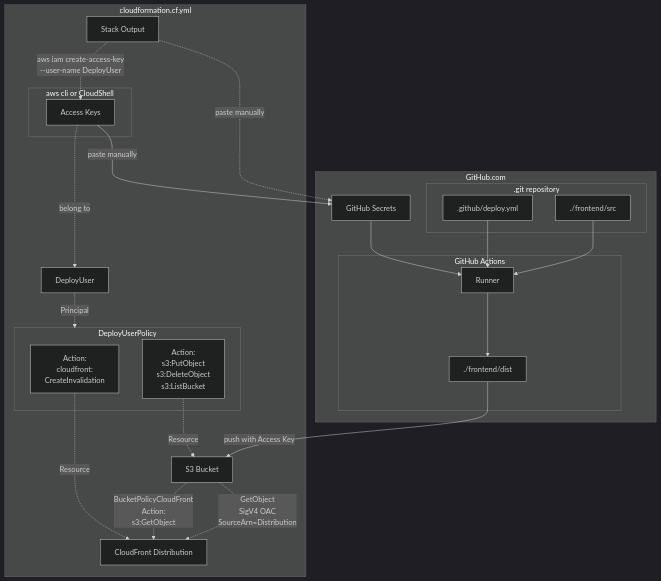
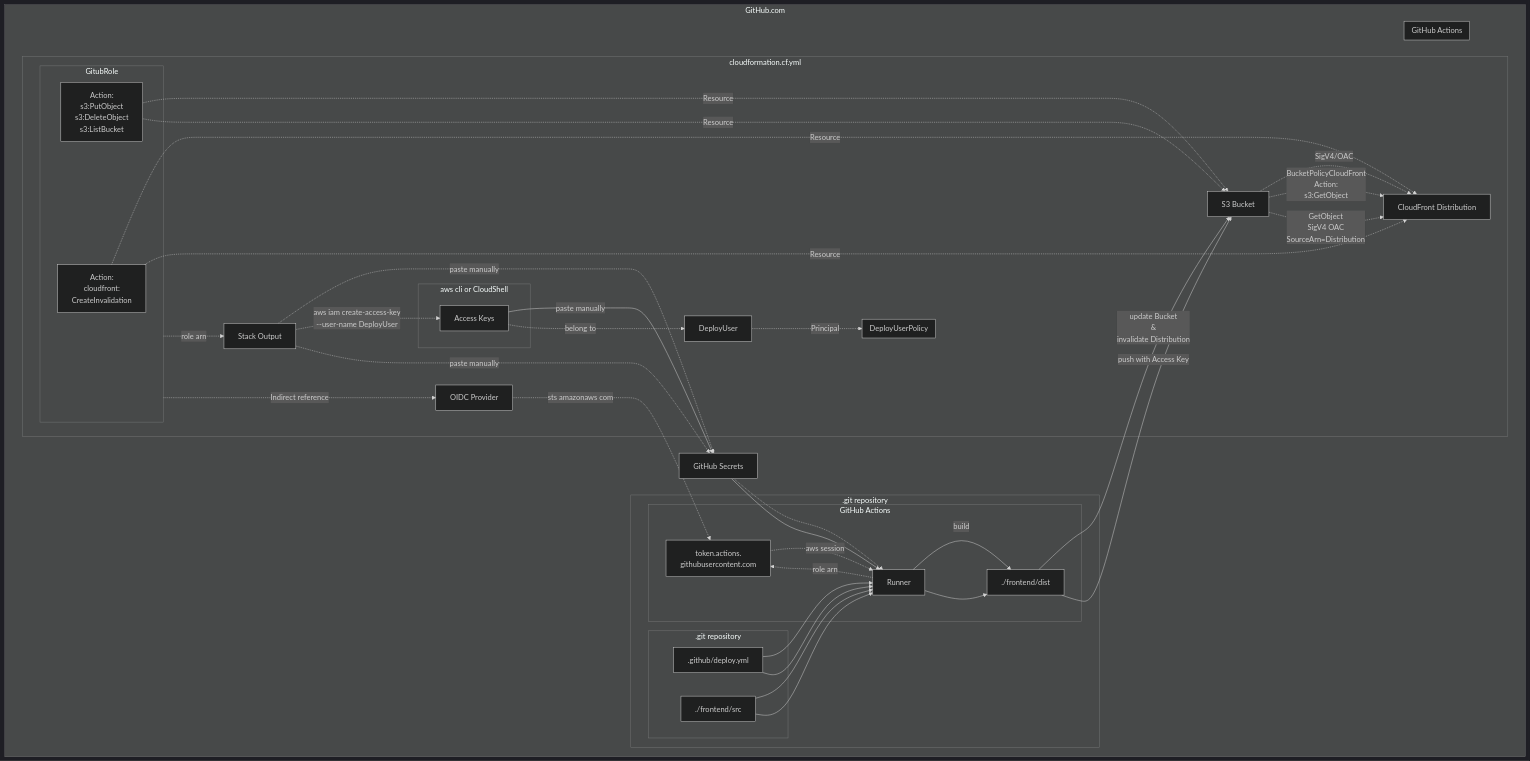
Before and after one commit to Codingschule/aws-astro-headless-cms-deployment: the first of 2 diagrams in README.md, drawn with Mermaid (dark theme). The commit also changed other lines of this file and 4 other files, not shown here.

```diff
--- a/README.md
+++ b/README.md
@@ -104,11 +108,54 @@
 flowchart TD
     %% =====================
     subgraph GitHub.com
+        SEC[GitHub Secrets]
+        subgraph REP[.git repository]
         subgraph .git repository
           SRC[./frontend/src]
           WF[.github/deploy.yml]
         end
 
+        subgraph GitHub Actions
+          Dist[./frontend/dist]
+          RUN[Runner]
+    STS[token.actions.<br />githubusercontent.com]
+        end
+
+    end
+
+    %% =====================
+    subgraph AWS[cloudformation.cf.yml]
+      OUT[Stack Output]
+      %% *********************
+      OIDC[OIDC Provider]
+      subgraph ROL[GitubRole]
+        Inv[Action:<br />cloudfront:<br />CreateInvalidation]
+        Wri[Action:<br />s3:PutObject<br />s3:DeleteObject<br />s3:ListBucket]
+      end
+      
+      CF[CloudFront Distribution]
+      S3[S3 Bucket]
+    end
+    %% =====================
+
+OIDC-.sts amazonaws com.->STS
+
+        ROL -.role arn.-> OUT
+        SEC -.-> RUN
+        WF --> RUN
+        SRC --> RUN
+        
+        OUT -.paste manually.-> SEC
+
+        ROL -.Indirect reference.-> OIDC
+          Wri -.Resource.-> S3
+          Inv -.Resource.-> CF
+
+        RUN --build--> Dist
+        Dist --update Bucket<br />&<br />invalidate Distribution--> S3
+        S3 -.->|SigV4/OAC| CF
+        RUN -.role arn.-> STS
+        STS -.aws session.-> RUN
         SEC[GitHub Secrets]
 
         subgraph GitHub Actions
```
